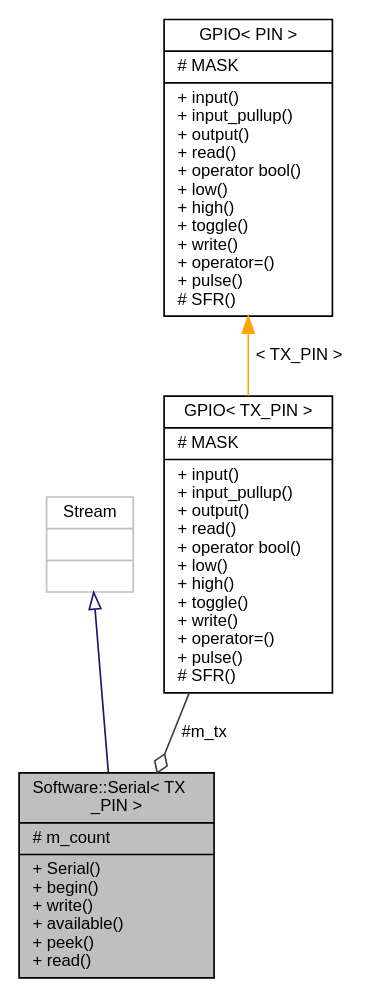
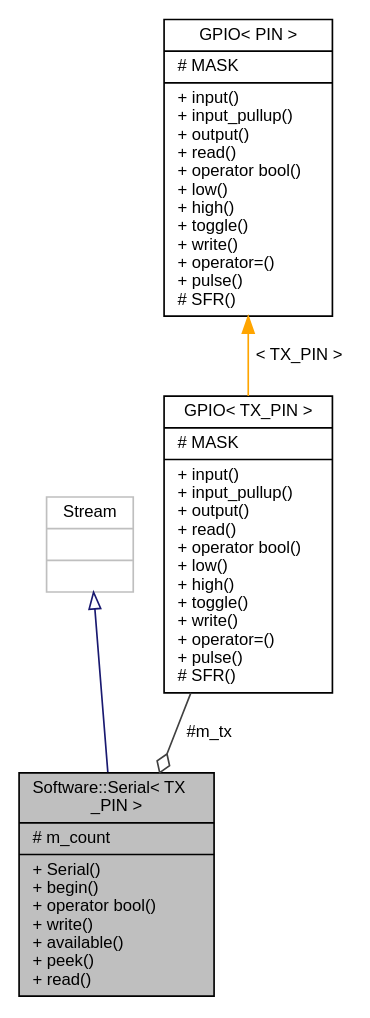
Before and after one commit to mikaelpatel/mikaelpatel.github.io: the diagram in Arduino-GPIO/d7/da2/classSoftware_1_1Serial__coll__graph.dot, drawn with Graphviz. The commit also changed 74 other files, not shown here.

```diff
--- a/Arduino-GPIO/d7/da2/classSoftware_1_1Serial__coll__graph.dot
+++ b/Arduino-GPIO/d7/da2/classSoftware_1_1Serial__coll__graph.dot
@@ -1,12 +1,12 @@
 digraph "Software::Serial&lt; TX_PIN &gt;"
 {
   edge [fontname="Helvetica",fontsize="10",labelfontname="Helvetica",labelfontsize="10"];
   node [fontname="Helvetica",fontsize="10",shape=record];
-  Node1 [label="{Software::Serial\< TX\l_PIN \>\n|# m_count\l|+ Serial()\l+ begin()\l+ write()\l+ available()\l+ peek()\l+ read()\l}",height=0.2,width=0.4,color="black", fillcolor="grey75", style="filled", fontcolor="black"];
+  Node1 [label="{Software::Serial\< TX\l_PIN \>\n|# m_count\l|+ Serial()\l+ begin()\l+ operator bool()\l+ write()\l+ available()\l+ peek()\l+ read()\l}",height=0.2,width=0.4,color="black", fillcolor="grey75", style="filled", fontcolor="black"];
   Node2 -> Node1 [dir="back",color="midnightblue",fontsize="10",style="solid",arrowtail="onormal",fontname="Helvetica"];
   Node2 [label="{Stream\n||}",height=0.2,width=0.4,color="grey75", fillcolor="white", style="filled"];
   Node3 -> Node1 [color="grey25",fontsize="10",style="solid",label=" #m_tx" ,arrowhead="odiamond",fontname="Helvetica"];
   Node3 [label="{GPIO\< TX_PIN \>\n|# MASK\l|+ input()\l+ input_pullup()\l+ output()\l+ read()\l+ operator bool()\l+ low()\l+ high()\l+ toggle()\l+ write()\l+ operator=()\l+ pulse()\l# SFR()\l}",height=0.2,width=0.4,color="black", fillcolor="white", style="filled",URL="$d7/dde/classGPIO.html"];
   Node4 -> Node3 [dir="back",color="orange",fontsize="10",style="solid",label=" \< TX_PIN \>" ,fontname="Helvetica"];
   Node4 [label="{GPIO\< PIN \>\n|# MASK\l|+ input()\l+ input_pullup()\l+ output()\l+ read()\l+ operator bool()\l+ low()\l+ high()\l+ toggle()\l+ write()\l+ operator=()\l+ pulse()\l# SFR()\l}",height=0.2,width=0.4,color="black", fillcolor="white", style="filled",URL="$d7/dde/classGPIO.html"];
 }
```
